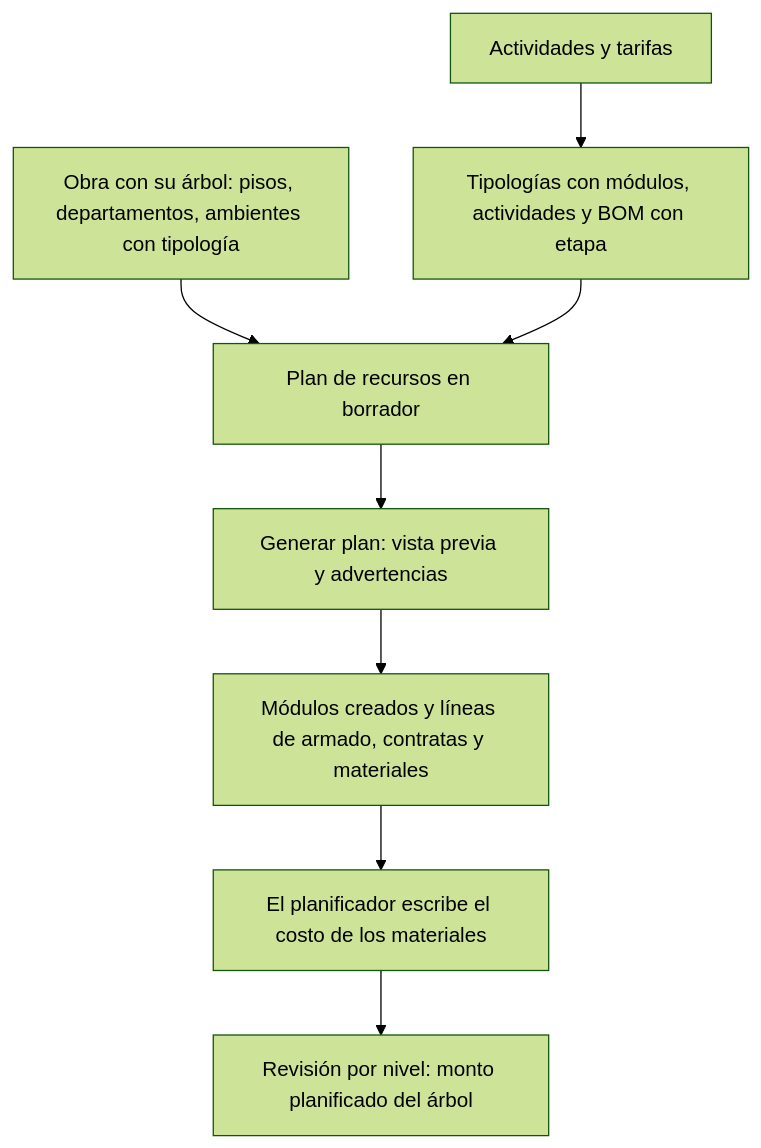
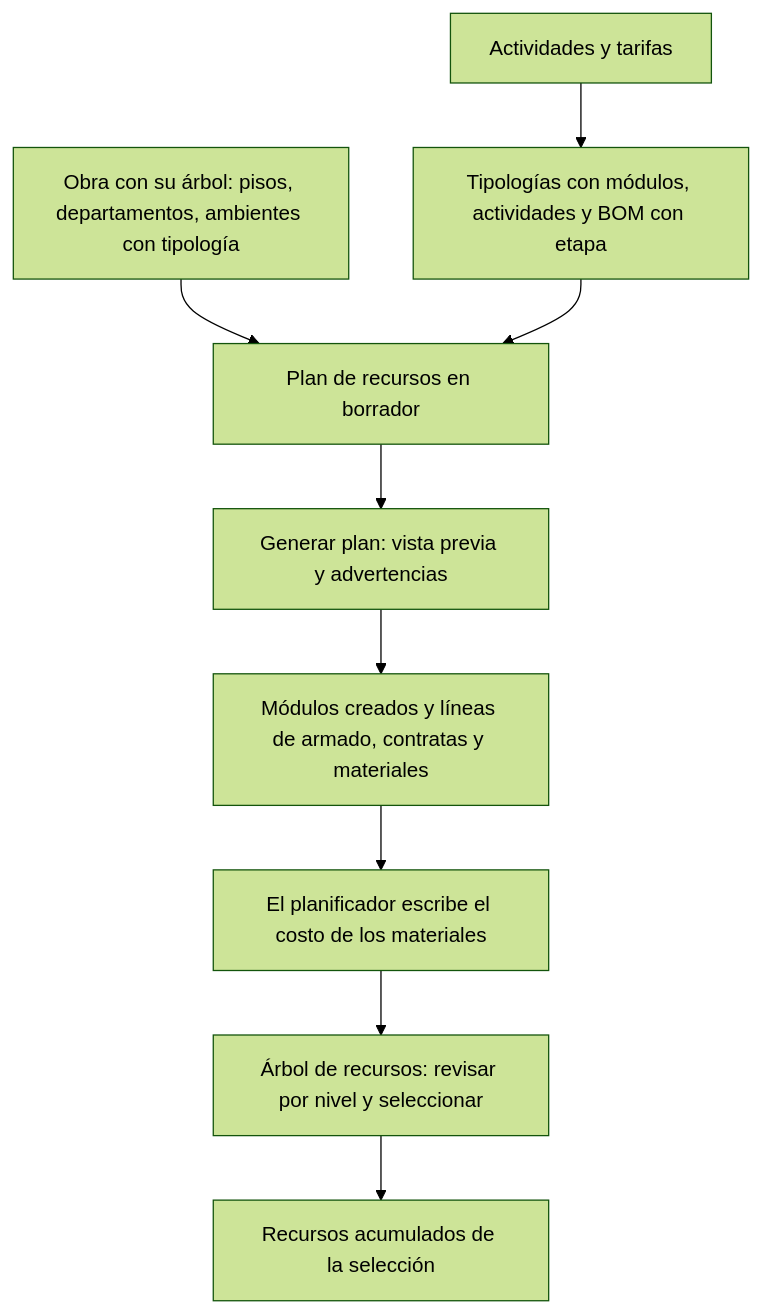
The diagram in OL-PROJECTS/al_construction_planner/GUIA_FUNCIONAL.md (olanoit/ol_new_apps), drawn with Mermaid (forest theme) before and after one commit. The commit also changed other lines of this file and 27 other files, not shown here.

First line of the commit message:
[IMP] al_construction_planner: fase 2, árbol del plan con selección en cascada

````diff
--- a/OL-PROJECTS/al_construction_planner/GUIA_FUNCIONAL.md
+++ b/OL-PROJECTS/al_construction_planner/GUIA_FUNCIONAL.md
@@ -39,10 +39,11 @@
 ```mermaid
 flowchart TD
   A[Actividades y tarifas] --> C[Tipologías con módulos, actividades y BOM con etapa]
   B[Obra con su árbol: pisos, departamentos, ambientes con tipología] --> D
   C --> D[Plan de recursos en borrador]
   D --> E[Generar plan: vista previa y advertencias]
   E --> F[Módulos creados y líneas de armado, contratas y materiales]
   F --> G[El planificador escribe el costo de los materiales]
-  G --> H[Revisión por nivel: monto planificado del árbol]
+  G --> H[Árbol de recursos: revisar por nivel y seleccionar]
+  H --> I[Recursos acumulados de la selección]
 ```
````
